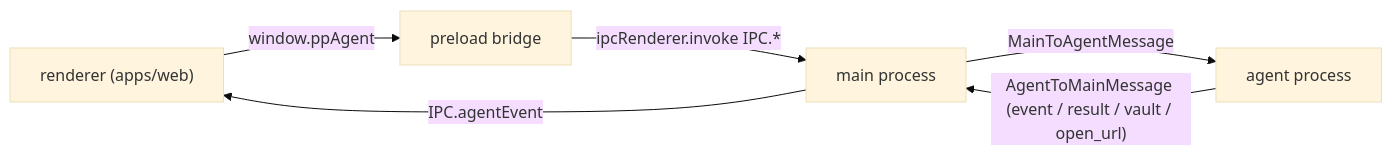
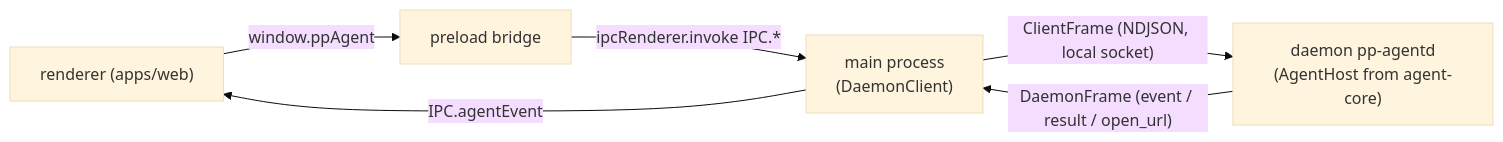
The diagram in docs/codebase/repository-layout.md (pp-techs/pp-agent), drawn with Mermaid (base theme) before and after one commit. The commit also changed other lines of this file and 167 other files, not shown here.

First line of the commit message:
feat(agent): run the agent in a background daemon and add a Telegram channel (#16)

````diff
--- a/docs/codebase/repository-layout.md
+++ b/docs/codebase/repository-layout.md
@@ -36,8 +41,8 @@
 ```mermaid
 flowchart LR
   R["renderer (apps/web)"] -- "window.ppAgent" --> P["preload bridge"]
-  P -- "ipcRenderer.invoke IPC.*" --> M["main process"]
-  M -- "MainToAgentMessage" --> A["agent process"]
-  A -- "AgentToMainMessage (event / result / vault / open_url)" --> M
+  P -- "ipcRenderer.invoke IPC.*" --> M["main process<br/>(DaemonClient)"]
+  M -- "ClientFrame (NDJSON, local socket)" --> D["daemon pp-agentd<br/>(AgentHost from agent-core)"]
+  D -- "DaemonFrame (event / result / open_url)" --> M
   M -- "IPC.agentEvent" --> R
 ```
````
